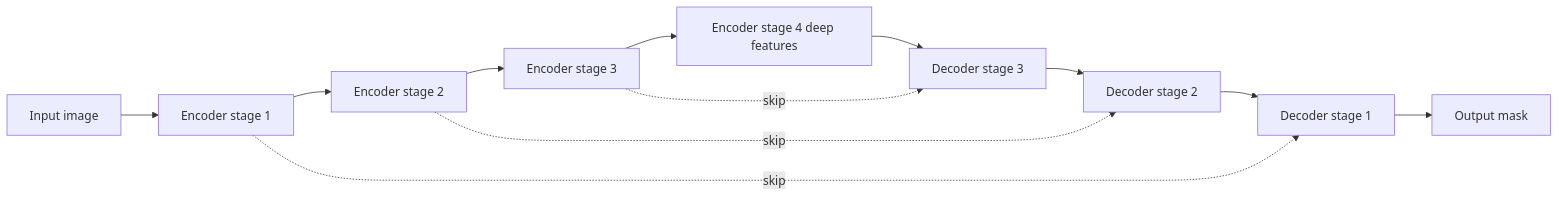
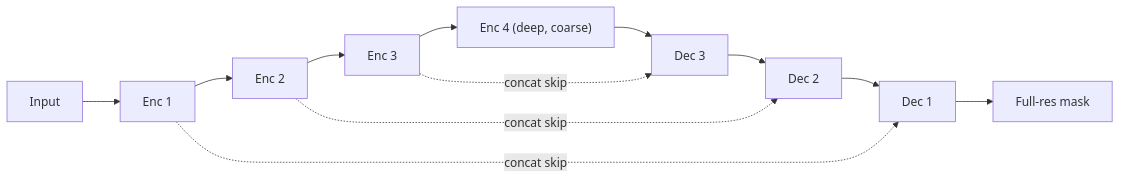
Before and after one commit to CODECRUNCHWORLDWIDE/C56-CRUNCH-VISION: the diagram in curriculum/week-07-semantic-and-instance-segmentation/lecture-notes/02-encoder-decoder-architectures.md, drawn with Mermaid. The commit also changed other lines of this file and 254 other files, not shown here.

Commit message:
docs: add diagrams + sync content from curriculum source

````diff
--- a/curriculum/week-07-semantic-and-instance-segmentation/lecture-notes/02-encoder-decoder-architectures.md
+++ b/curriculum/week-07-semantic-and-instance-segmentation/lecture-notes/02-encoder-decoder-architectures.md
@@ -20,11 +46,11 @@
 ```mermaid
 flowchart LR
-  I["Input image"] --> E1["Encoder stage 1"] --> E2["Encoder stage 2"] --> E3["Encoder stage 3"] --> E4["Encoder stage 4 deep features"]
-  E4 --> D3["Decoder stage 3"]
-  E3 -. skip .-> D3
-  D3 --> D2["Decoder stage 2"]
-  E2 -. skip .-> D2
-  D2 --> D1["Decoder stage 1"]
-  E1 -. skip .-> D1
-  D1 --> M["Output mask"]
+  I["Input"] --> E1["Enc 1"] --> E2["Enc 2"] --> E3["Enc 3"] --> E4["Enc 4 (deep, coarse)"]
+  E4 --> D3["Dec 3"]
+  E3 -. concat skip .-> D3
+  D3 --> D2["Dec 2"]
+  E2 -. concat skip .-> D2
+  D2 --> D1["Dec 1"]
+  E1 -. concat skip .-> D1
+  D1 --> M["Full-res mask"]
 ```
````
